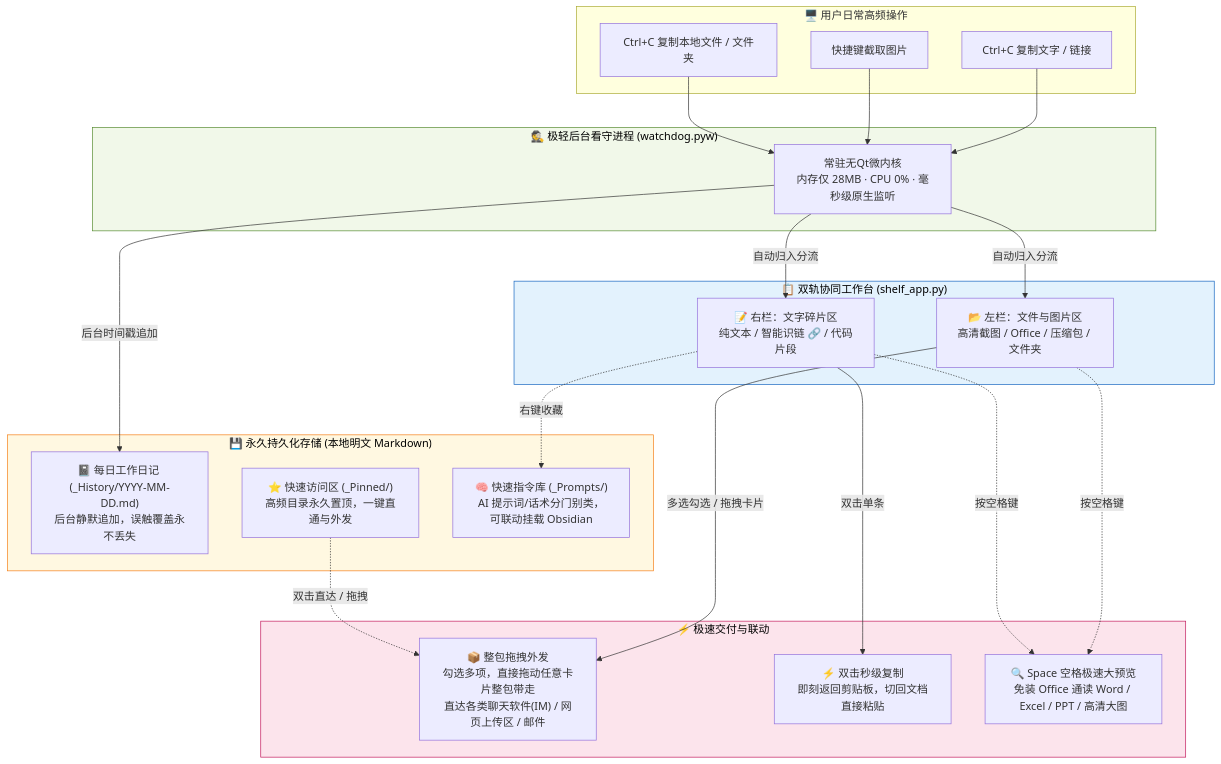
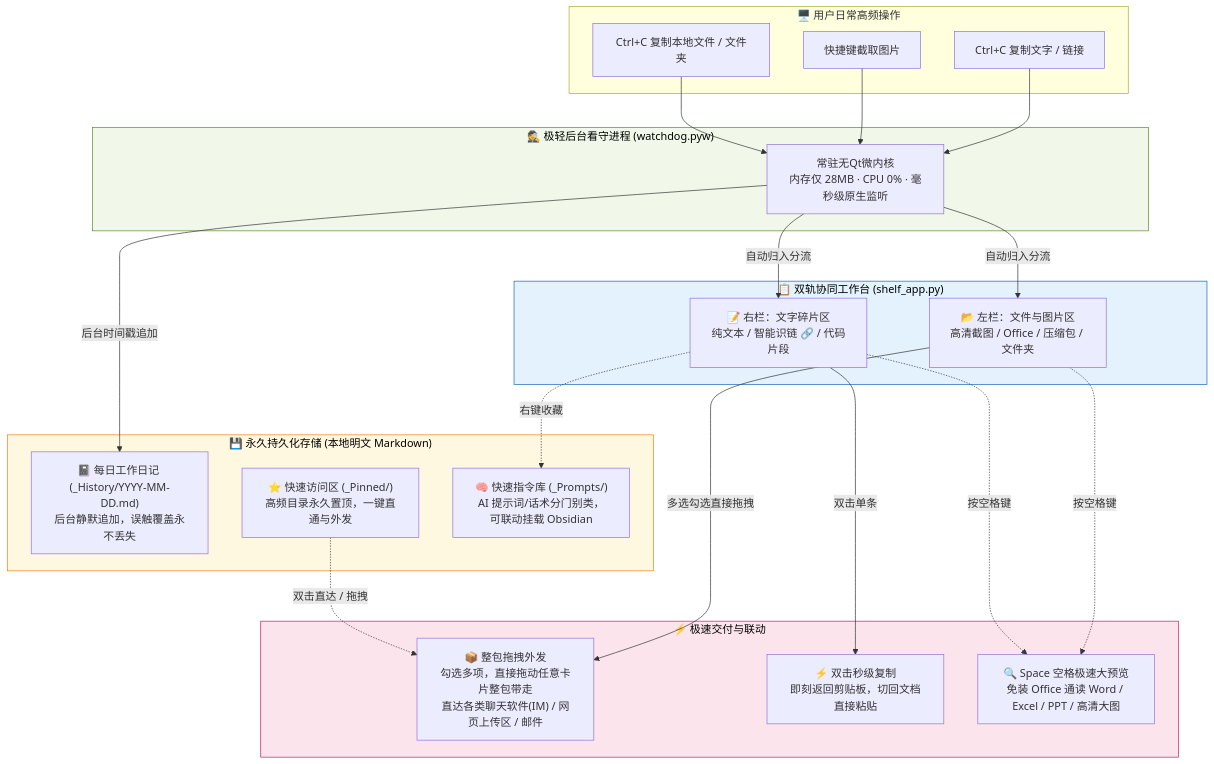
Before and after one commit to CatBoss-Paw/EasyClipboard: the first of 7 diagrams in README.md, drawn with Mermaid. The commit also changed other lines of this file, not shown here.

Commit message:
fix(docs): 彻底修复所有Mermaid连线标签括号、破折号及多节点聚合语法，确保GitHub 100%正常渲染

````diff
--- a/README.md
+++ b/README.md
@@ -49,49 +49,50 @@
 ```mermaid
 graph TB
     subgraph S_INPUT ["🖥️ 用户日常高频操作"]
         A1["Ctrl+C 复制文字 / 链接"]
         A2["快捷键截取图片"]
         A3["Ctrl+C 复制本地文件 / 文件夹"]
     end
 
     subgraph S_CORE ["🕵️ 极轻后台看守进程 (watchdog.pyw)"]
         W["常驻无Qt微内核<br/>内存仅 28MB · CPU 0% · 毫秒级原生监听"]
     end
 
     subgraph S_SHELF ["📋 双轨协同工作台 (shelf_app.py)"]
         LEFT["📂 左栏：文件与图片区<br/>高清截图 / Office / 压缩包 / 文件夹"]
         RIGHT["📝 右栏：文字碎片区<br/>纯文本 / 智能识链 🔗 / 代码片段"]
     end
 
     subgraph S_ACTION ["⚡ 极速交付与联动"]
         ACT_DRAG["📦 整包拖拽外发<br/>勾选多项，直接拖动任意卡片整包带走<br/>直达各类聊天软件(IM) / 网页上传区 / 邮件"]
         ACT_COPY["⚡ 双击秒级复制<br/>即刻返回剪贴板，切回文档直接粘贴"]
         ACT_PREV["🔍 Space 空格极速大预览<br/>免装 Office 通读 Word / Excel / PPT / 高清大图"]
     end
 
     subgraph S_PERSIST ["💾 永久持久化存储 (本地明文 Markdown)"]
         J["📓 每日工作日记 (_History/YYYY-MM-DD.md)<br/>后台静默追加，误触覆盖永不丢失"]
         P["⭐ 快速访问区 (_Pinned/)<br/>高频目录永久置顶，一键直通与外发"]
         K["🧠 快速指令库 (_Prompts/)<br/>AI 提示词/话术分门别类，可联动挂载 Obsidian"]
     end
 
     A1 --> W
     A2 --> W
     A3 --> W
 
     W -->|自动归入分流| LEFT
     W -->|自动归入分流| RIGHT
     W -->|后台时间戳追加| J
 
-    LEFT -->|多选勾选 / 拖拽卡片| ACT_DRAG
+    LEFT -->|多选勾选直接拖拽| ACT_DRAG
     RIGHT -->|双击单条| ACT_COPY
-    LEFT & RIGHT -.->|按空格键| ACT_PREV
+    LEFT -.->|按空格键| ACT_PREV
+    RIGHT -.->|按空格键| ACT_PREV
 
     RIGHT -.->|右键收藏| K
     P -.->|双击直达 / 拖拽| ACT_DRAG
 
     style S_CORE fill:#f1f8e9,stroke:#558b2f,color:#000
     style S_SHELF fill:#e3f2fd,stroke:#1565c0,color:#000
     style S_ACTION fill:#fce4ec,stroke:#c2185b,color:#000
     style S_PERSIST fill:#fff8e1,stroke:#f57f17,color:#000
 ```
````
